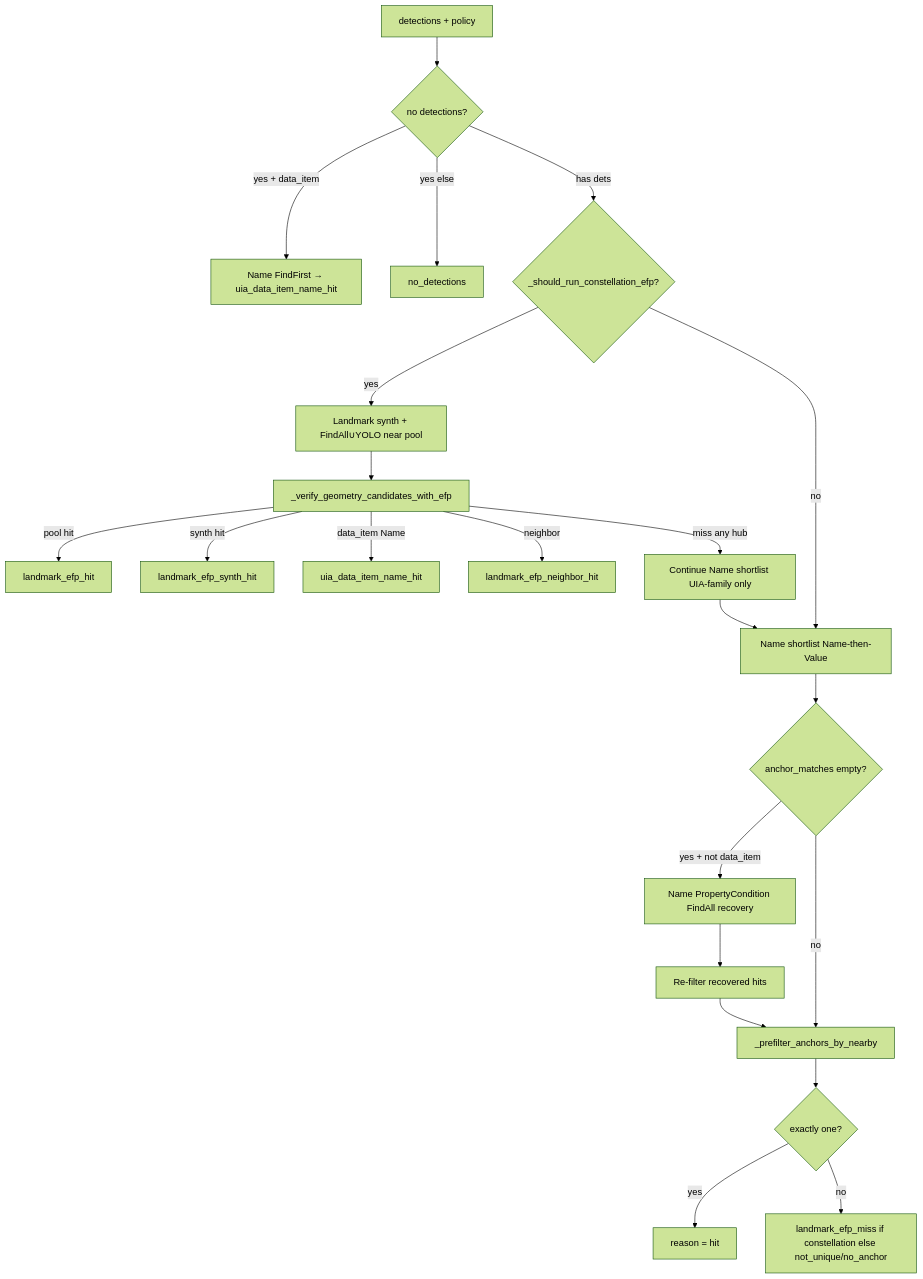
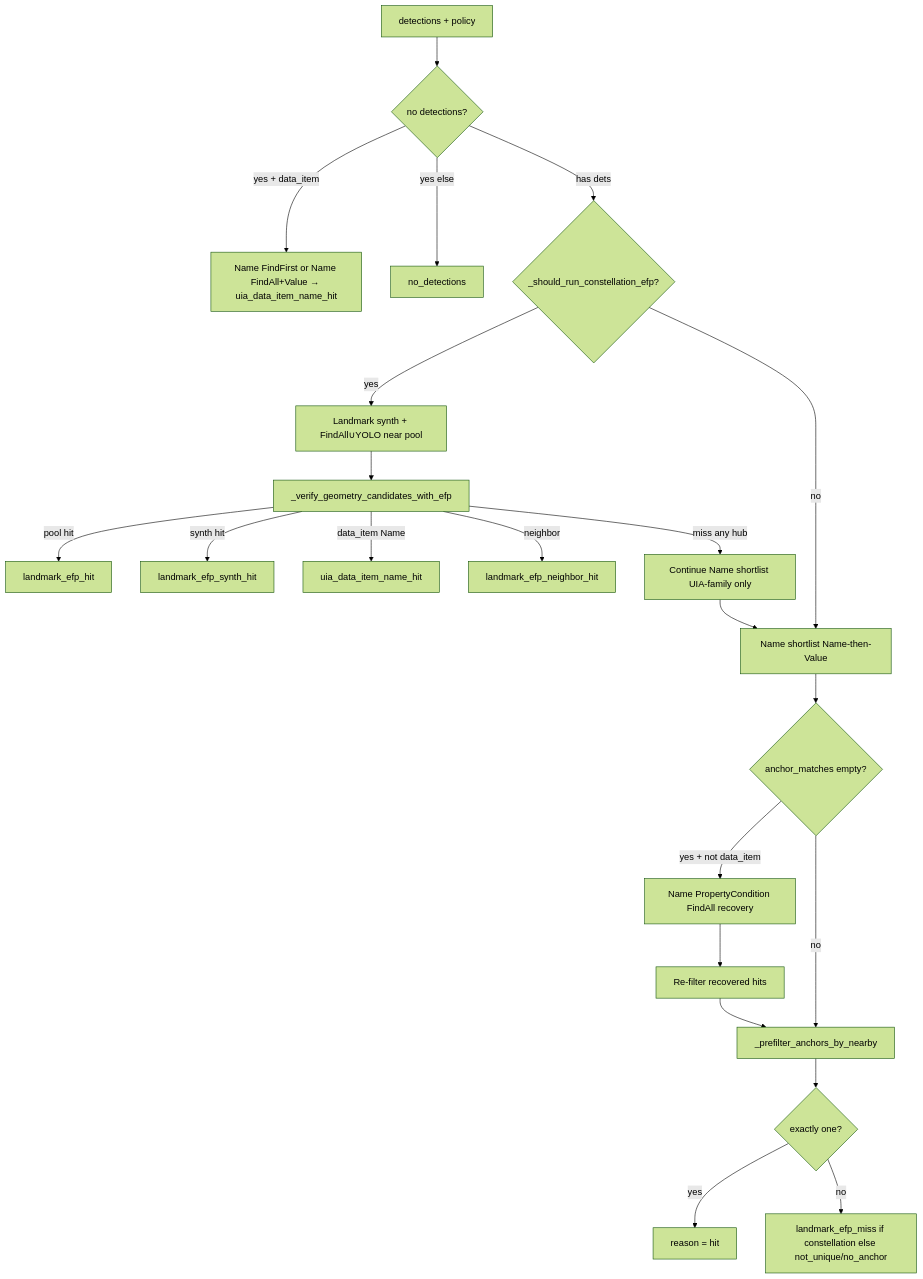
One commit to josephorng/QualityAssuranceAgent changed the third of 7 diagrams in docs/replay-flow.md. Above: the diagram before and after it, drawn with Mermaid (forest theme). The commit also changed other lines of this file and 4 other files, not shown here.

First line of the commit message:
Disambiguate DataItem clicks by recorded Value after Name FindAll.

````diff
--- a/docs/replay-flow.md
+++ b/docs/replay-flow.md
@@ -106,26 +106,26 @@
 ```mermaid
 flowchart TD
   Start[detections + policy] --> Empty{no detections?}
-  Empty -->|yes + data_item| DI1[Name FindFirst → uia_data_item_name_hit]
+  Empty -->|yes + data_item| DI1[Name FindFirst or Name FindAll+Value → uia_data_item_name_hit]
   Empty -->|yes else| ND[no_detections]
   Empty -->|has dets| CE{_should_run_constellation_efp?}
 
   CE -->|yes| Synth[Landmark synth + FindAll∪YOLO near pool]
   Synth --> EFP[_verify_geometry_candidates_with_efp]
   EFP -->|pool hit| EH[landmark_efp_hit]
   EFP -->|synth hit| ES[landmark_efp_synth_hit]
   EFP -->|data_item Name| DI2[uia_data_item_name_hit]
   EFP -->|neighbor| EN[landmark_efp_neighbor_hit]
   EFP -->|miss any hub| Cont[Continue Name shortlist UIA-family only]
 
   CE -->|no| Name[Name shortlist Name-then-Value]
   Cont --> Name
   Name --> MissName{anchor_matches empty?}
   MissName -->|yes + not data_item| NF[Name PropertyCondition FindAll recovery]
   NF --> Name2[Re-filter recovered hits]
   MissName -->|no| Pre[_prefilter_anchors_by_nearby]
   Name2 --> Pre
   Pre --> Uniq{exactly one?}
   Uniq -->|yes| Hit[reason = hit]
   Uniq -->|no| NU[landmark_efp_miss if constellation else not_unique/no_anchor]
 ```
````
